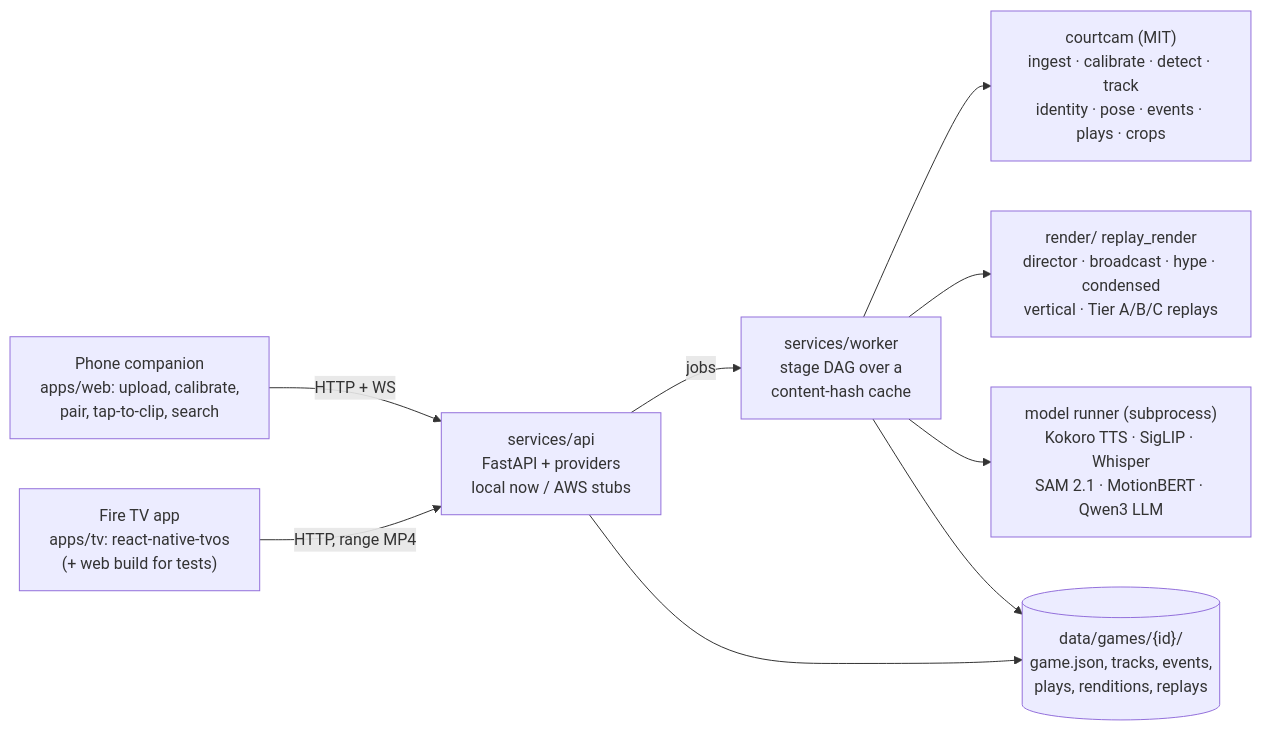
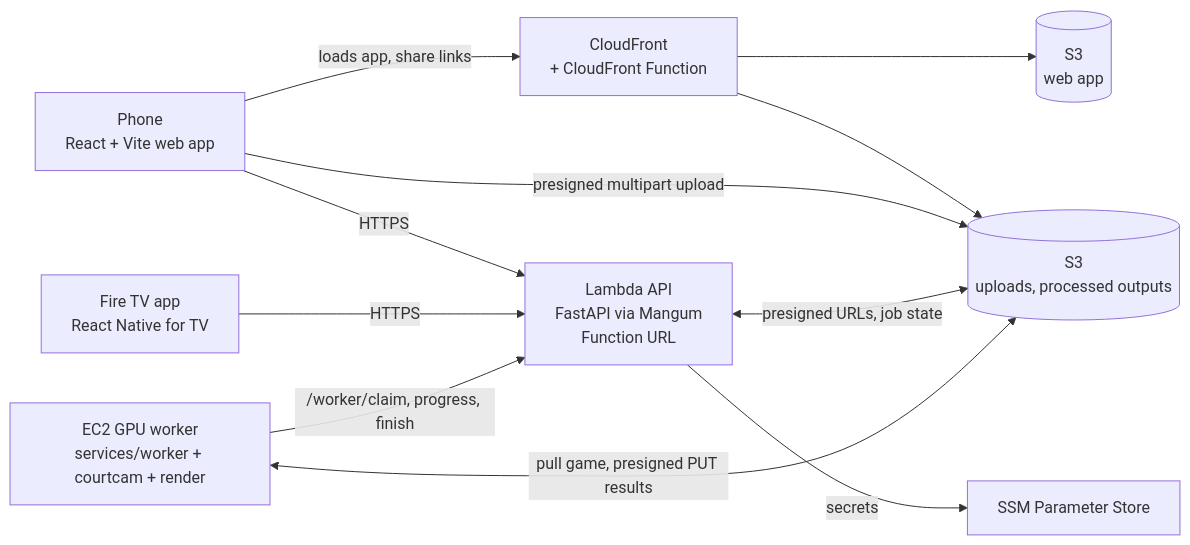
One commit to subatomic-hamster/replay changed the diagram in README.md. Above: the diagram before and after it, drawn with Mermaid. The commit also changed other lines of this file and 27 other files, not shown here.

Commit message:
chore: New README built around the real 2v2 game on Fire TV (TV and phone screenshots, follow GIF, AWS architecture with the EC2 GPU worker, Alexa, courtcam as its own repo); devpost_submission/ keeps only the feature requests and the friction log

````diff
--- a/README.md
+++ b/README.md
@@ -75,13 +45,13 @@
 ```mermaid
 flowchart LR
-  phone["Phone companion<br/>apps/web: upload, calibrate,<br/>pair, tap-to-clip, search"] -->|HTTP + WS| api
-  tv["Fire TV app<br/>apps/tv: react-native-tvos<br/>(+ web build for tests)"] -->|HTTP, range MP4| api
-  api["services/api<br/>FastAPI + providers<br/>local now / AWS stubs"] -->|jobs| worker
-  worker["services/worker<br/>stage DAG over a<br/>content-hash cache"] --> courtcam
-  worker --> render
-  courtcam["courtcam (MIT)<br/>ingest · calibrate · detect · track<br/>identity · pose · events · plays · crops"]
-  render["render/ replay_render<br/>director · broadcast · hype · condensed<br/>vertical · Tier A/B/C replays"]
-  worker --> models["model runner (subprocess)<br/>Kokoro TTS · SigLIP · Whisper<br/>SAM 2.1 · MotionBERT · Qwen3 LLM"]
-  api --> disk[("data/games/{id}/<br/>game.json, tracks, events,<br/>plays, renditions, replays")]
-  worker --> disk
+  phone["Phone<br/>React + Vite web app"] -->|loads app, share links| cf["CloudFront<br/>+ CloudFront Function"]
+  cf --> web[("S3<br/>web app")]
+  cf --> media[("S3<br/>uploads, processed outputs")]
+  phone -->|presigned multipart upload| media
+  phone -->|HTTPS| api
+  tv["Fire TV app<br/>React Native for TV"] -->|HTTPS| api["Lambda API<br/>FastAPI via Mangum<br/>Function URL"]
+  api <-->|presigned URLs, job state| media
+  api -->|secrets| ssm["SSM Parameter Store"]
+  gpu["EC2 GPU worker<br/>services/worker + courtcam + render"] -->|/worker/claim, progress, finish| api
+  gpu <-->|pull game, presigned PUT results| media
 ```
````
